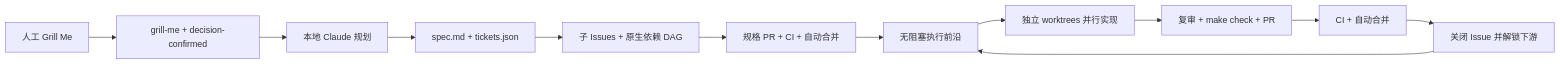
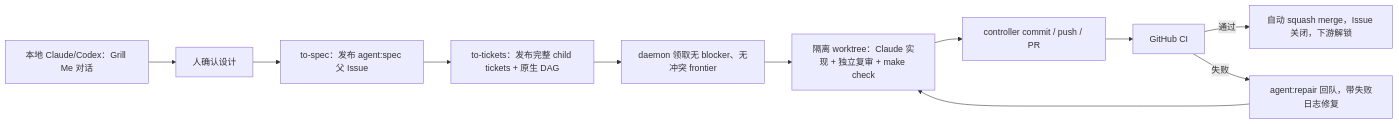
The diagram in docs/agents/agent-loop.md (LkxPro/insuredesk), drawn with Mermaid before and after one commit. The commit also changed other lines of this file and 24 other files, not shown here.

````diff
--- a/docs/agents/agent-loop.md
+++ b/docs/agents/agent-loop.md
@@ -30,14 +22,13 @@
 ```mermaid
 flowchart LR
-  G["人工 Grill Me"] --> C["grill-me + decision-confirmed"]
-  C --> B["本地 Claude 规划"]
-  B --> S["spec.md + tickets.json"]
-  S --> D["子 Issues + 原生依赖 DAG"]
-  D --> P["规格 PR + CI + 自动合并"]
-  P --> Q["无阻塞执行前沿"]
-  Q --> W["独立 worktrees 并行实现"]
-  W --> R["复审 + make check + PR"]
-  R --> M["CI + 自动合并"]
-  M --> U["关闭 Issue 并解锁下游"]
-  U --> Q
+  G["本地 Claude/Codex：Grill Me 对话"] --> C["人确认设计"]
+  C --> S["to-spec：发布 agent:spec 父 Issue"]
+  S --> T["to-tickets：发布完整 child tickets + 原生 DAG"]
+  T --> F["daemon 领取无 blocker、无冲突 frontier"]
+  F --> W["隔离 worktree：Claude 实现 + 独立复审 + make check"]
+  W --> P["controller commit / push / PR"]
+  P --> CI["GitHub CI"]
+  CI -->|通过| M["自动 squash merge，Issue 关闭，下游解锁"]
+  CI -->|失败| R["agent:repair 回队，带失败日志修复"]
+  R --> W
 ```
````
